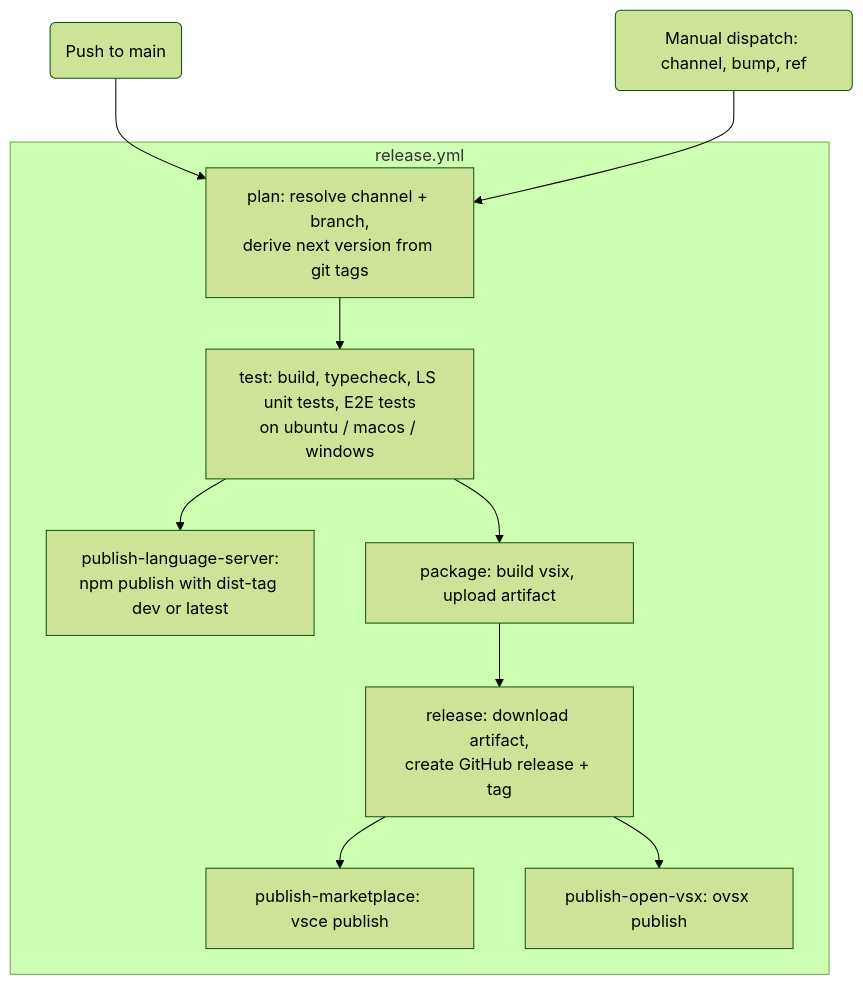
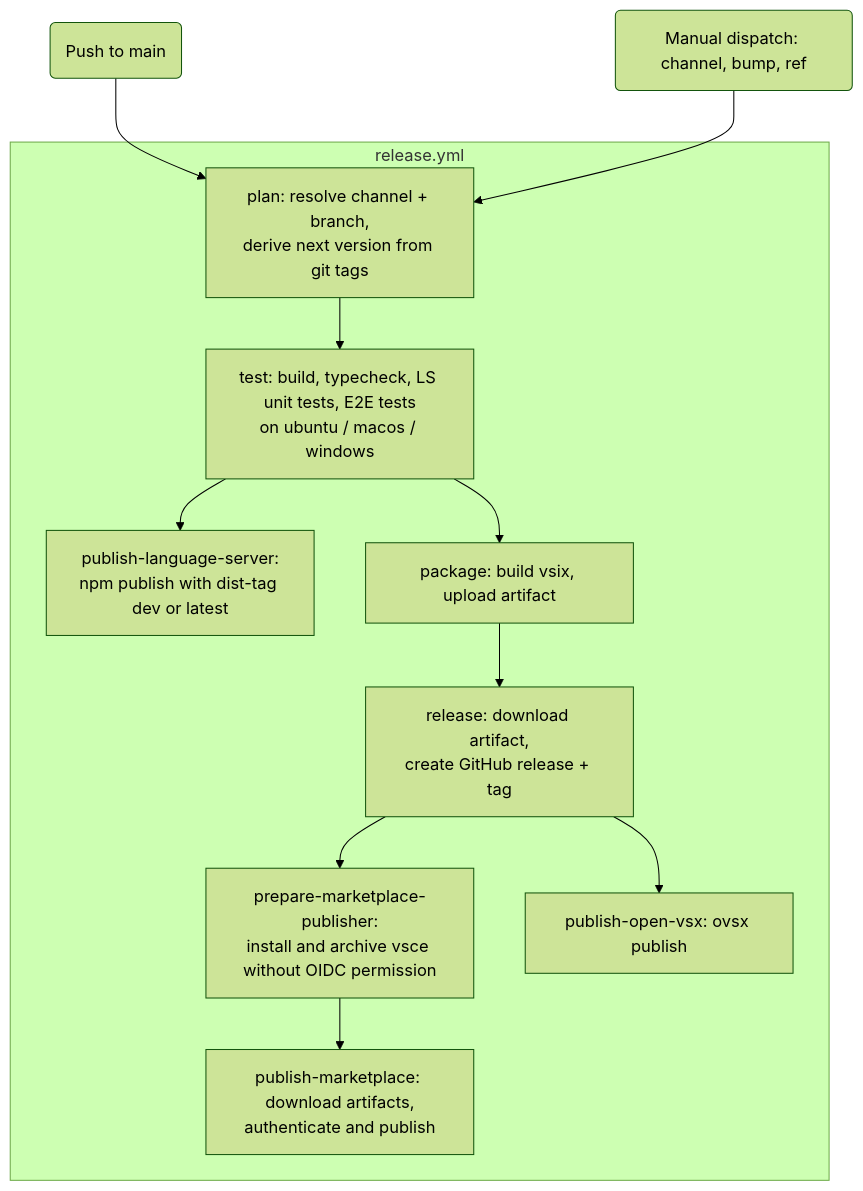
Before and after one commit to prisma/language-tools: the diagram in docs/ci-cd.md, drawn with Mermaid (forest theme). The commit also changed other lines of this file and 1 other file, not shown here.

Commit message:
fix: isolate Marketplace publishing credentials

````diff
--- a/docs/ci-cd.md
+++ b/docs/ci-cd.md
@@ -27,15 +27,16 @@
 ```mermaid
 graph TD
     PUSH(Push to main) --> PLAN
     MANUAL(Manual dispatch: channel, bump, ref) --> PLAN
 
     subgraph release.yml
       PLAN[plan: resolve channel + branch,<br>derive next version from git tags]
       PLAN --> TEST[test: build, typecheck, LS unit tests, E2E tests<br>on ubuntu / macos / windows]
       TEST --> LS[publish-language-server:<br>npm publish with dist-tag dev or latest]
       TEST --> PKG[package: build vsix, upload artifact]
       PKG --> REL[release: download artifact,<br>create GitHub release + tag]
-      REL --> MKT[publish-marketplace: vsce publish]
+      REL --> PREP[prepare-marketplace-publisher:<br>install and archive vsce without OIDC permission]
+      PREP --> MKT[publish-marketplace: download artifacts,<br>authenticate and publish]
       REL --> OVSX[publish-open-vsx: ovsx publish]
     end
 ```
````
